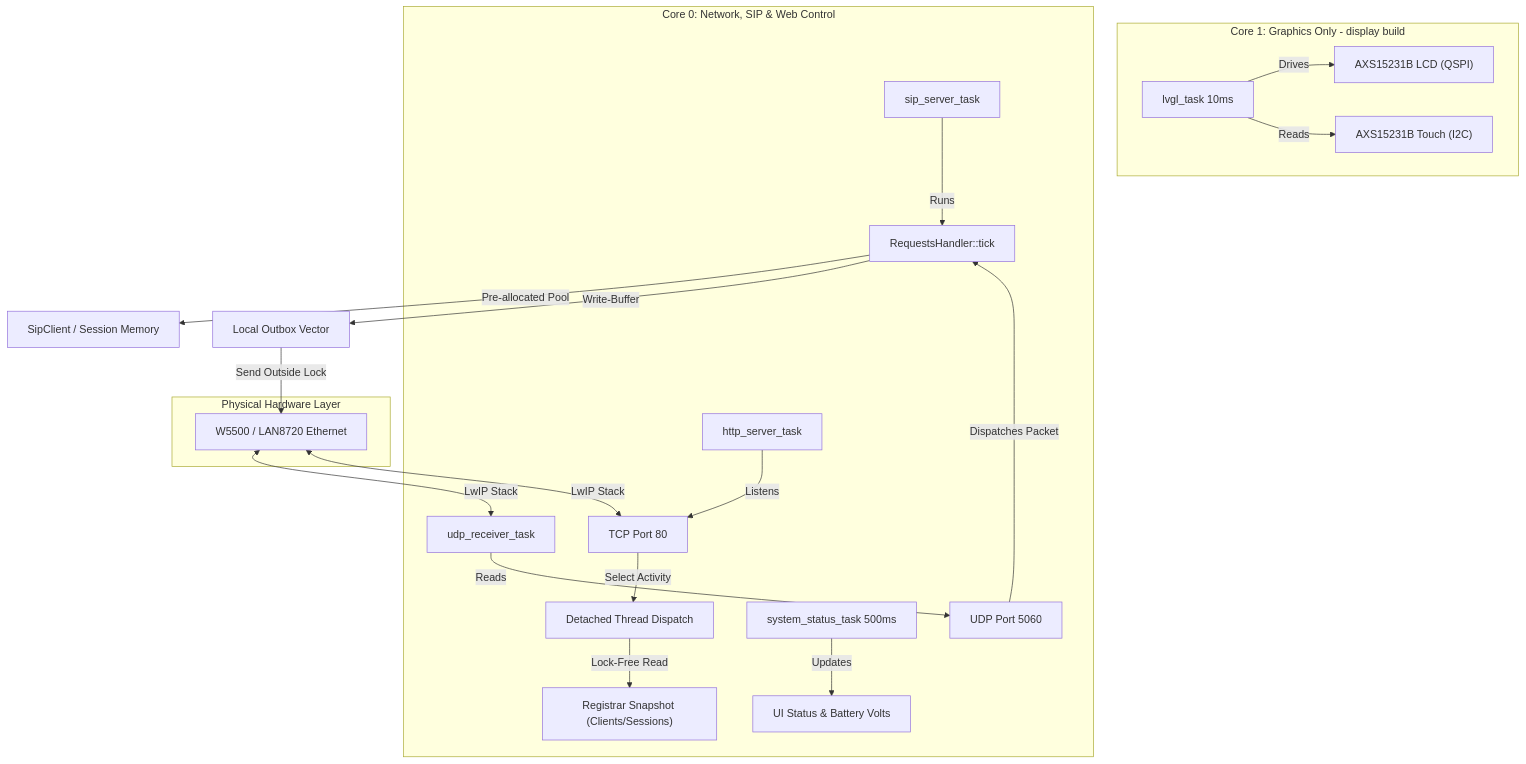
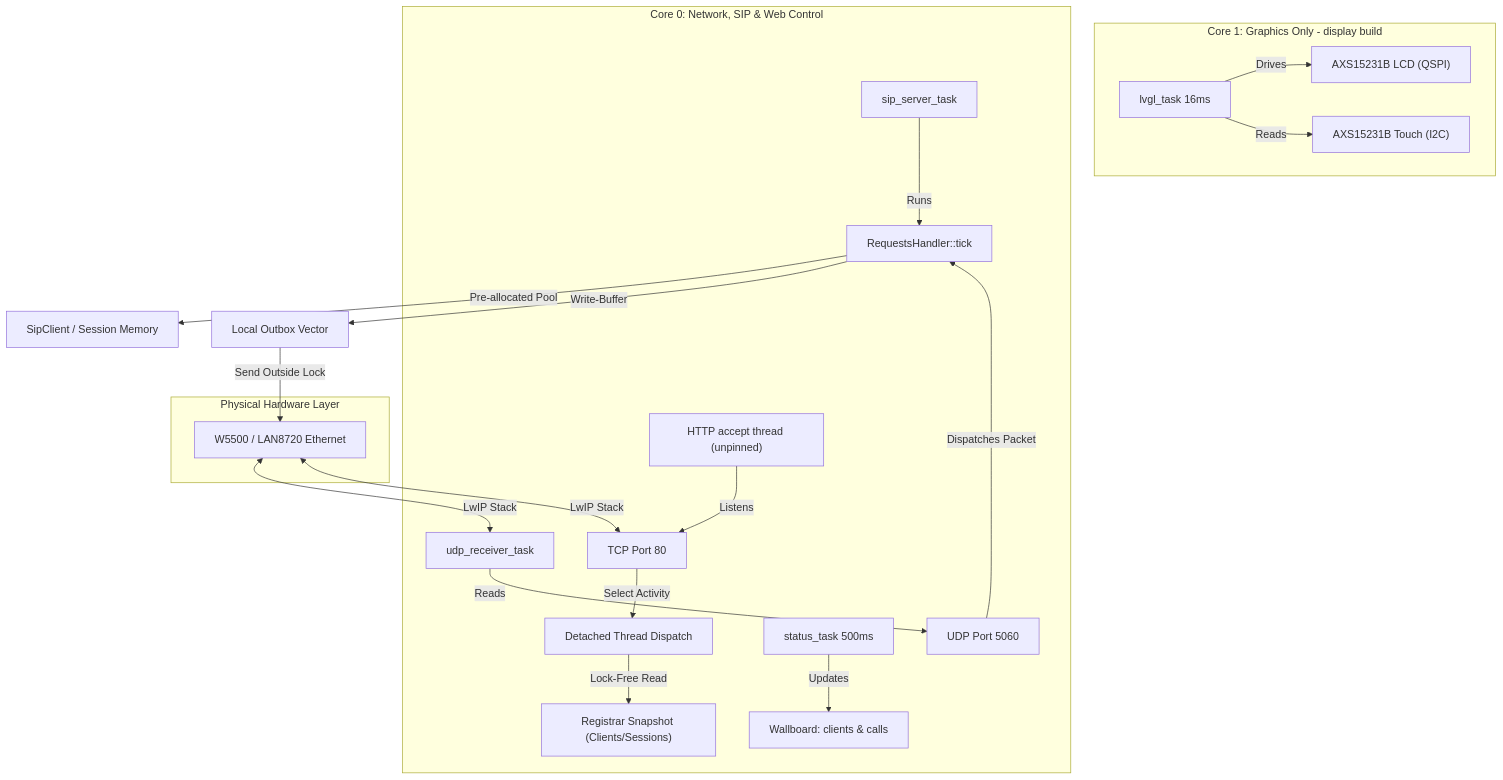
One commit to GlomarGadaffi/pocket-dial changed the diagram in docs/ARCHITECTURE.md. Above: the diagram before and after it, drawn with Mermaid. The commit also changed other lines of this file and 1 other file, not shown here.

First line of the commit message:
docs: re-check FEATURE_ROADMAP and ARCHITECTURE against main (Part of #401)

````diff
--- a/docs/ARCHITECTURE.md
+++ b/docs/ARCHITECTURE.md
@@ -20,28 +23,28 @@
 ```mermaid
 graph TD
     subgraph Core 1 [Core 1: Graphics Only - display build]
-        A[lvgl_task 10ms] -->|Drives| B["AXS15231B LCD (QSPI)"]
+        A[lvgl_task 16ms] -->|Drives| B["AXS15231B LCD (QSPI)"]
         A -->|Reads| C["AXS15231B Touch (I2C)"]
     end
 
     subgraph Core 0 [Core 0: Network, SIP & Web Control]
         D[sip_server_task] -->|Runs| E[RequestsHandler::tick]
-        F[http_server_task] -->|Listens| G[TCP Port 80]
+        F["HTTP accept thread (unpinned)"] -->|Listens| G[TCP Port 80]
         G -->|Select Activity| H["Detached Thread Dispatch"]
         H -->|Lock-Free Read| I["Registrar Snapshot (Clients/Sessions)"]
-        J[system_status_task 500ms] -->|Updates| K[UI Status & Battery Volts]
+        J[status_task 500ms] -->|Updates| K[Wallboard: clients & calls]
         L[udp_receiver_task] -->|Reads| M[UDP Port 5060]
     end
 
     subgraph Hardware [Physical Hardware Layer]
         B
         C
         N["W5500 / LAN8720 Ethernet"] <-->|LwIP Stack| L
         N <-->|LwIP Stack| G
     end
 
     E -->|Pre-allocated Pool| O[SipClient / Session Memory]
     M -->|Dispatches Packet| E
     E -->|Write-Buffer| P[Local Outbox Vector]
     P -->|Send Outside Lock| N
 ```
````
